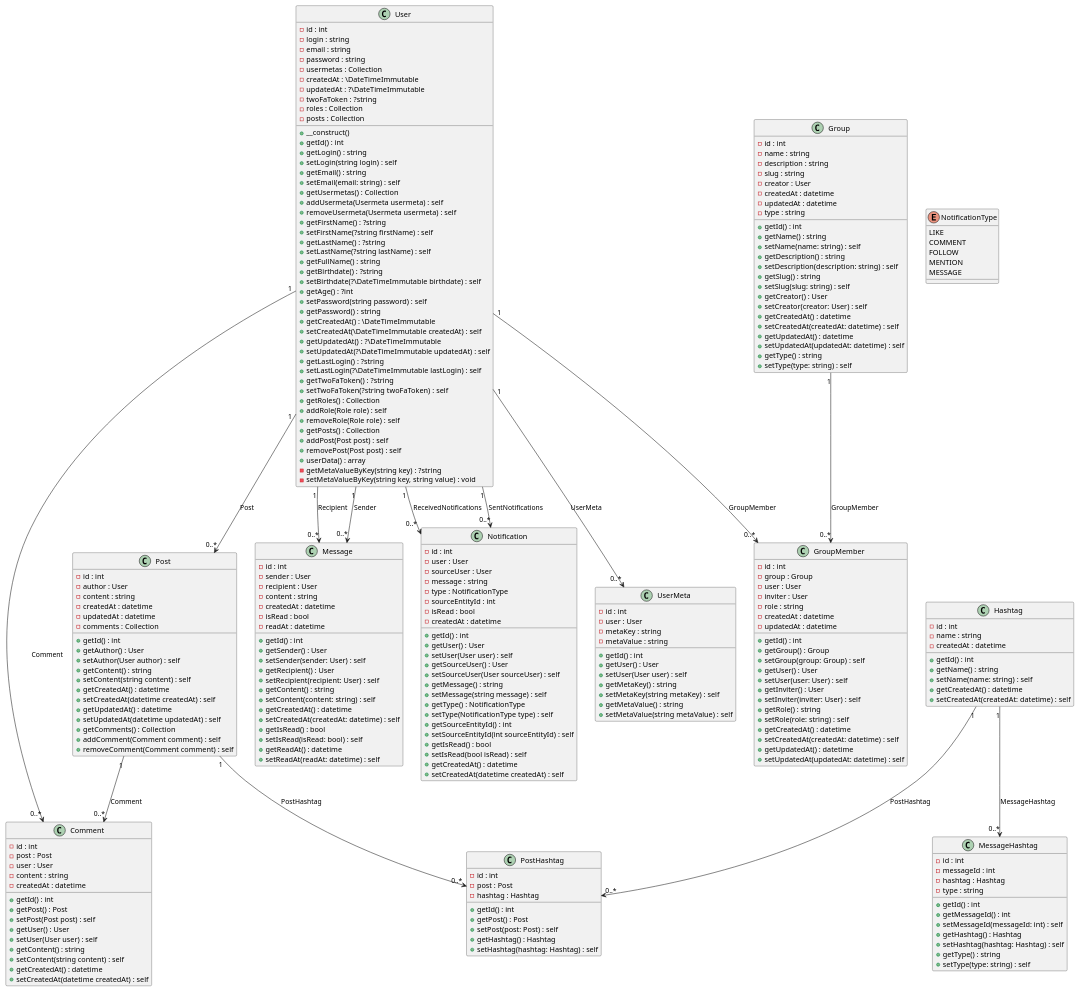
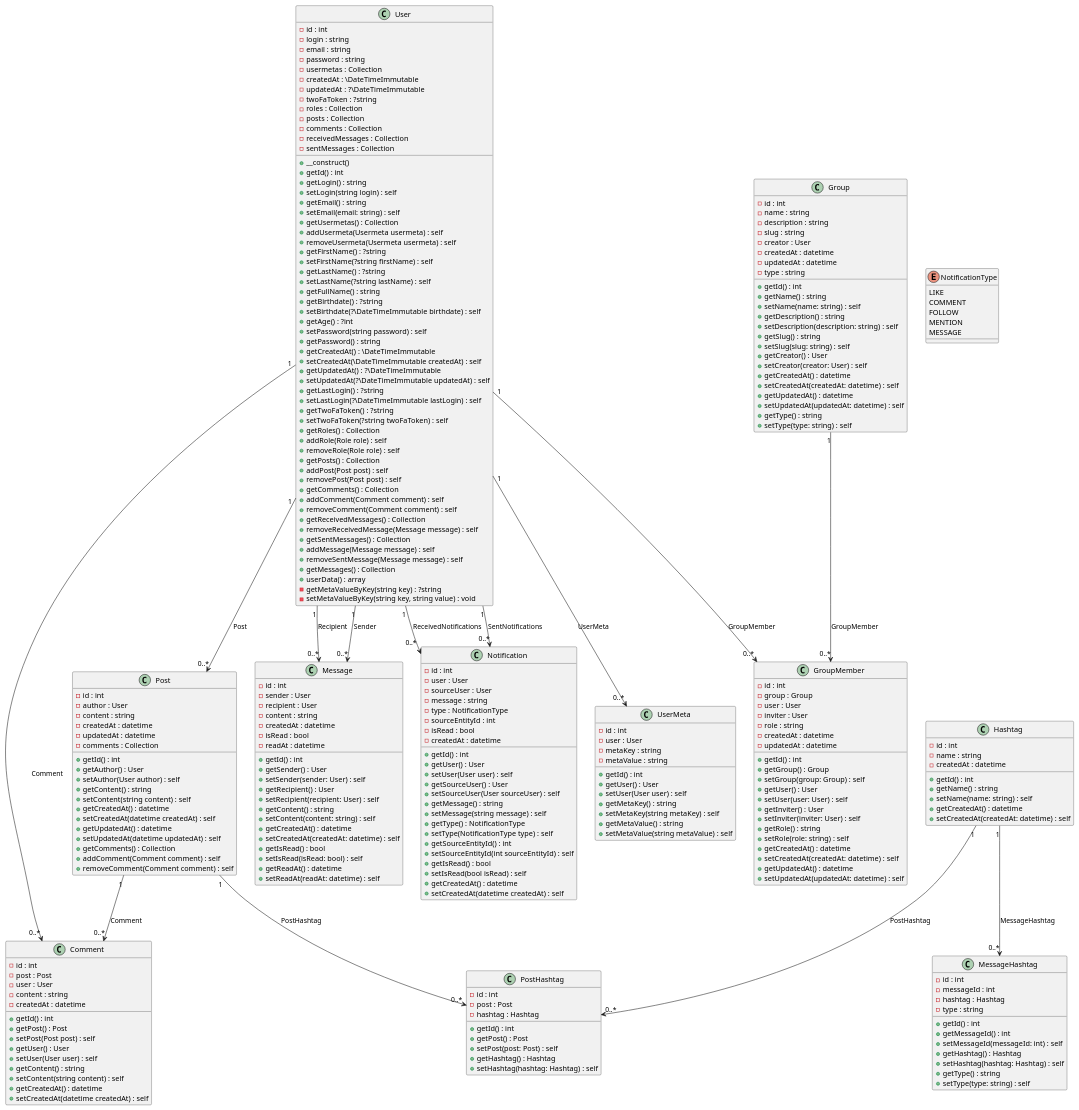
The diagram in dev/uml/app.puml (mzeahmed/coelacantheapi), drawn with PlantUML before and after one commit. The commit also changed 3 other files, not shown here.

```diff
--- a/dev/uml/app.puml
+++ b/dev/uml/app.puml
@@ -11,6 +11,9 @@
     - twoFaToken : ?string
     - roles : Collection
     - posts : Collection
+    - comments : Collection
+    - receivedMessages : Collection
+    - sentMessages : Collection
 
     + __construct()
     + getId() : int
@@ -45,6 +48,15 @@
     + getPosts() : Collection
     + addPost(Post post) : self
     + removePost(Post post) : self
+    + getComments() : Collection
+    + addComment(Comment comment) : self
+    + removeComment(Comment comment) : self
+    + getReceivedMessages() : Collection
+    + removeReceivedMessage(Message message) : self
+    + getSentMessages() : Collection
+    + addMessage(Message message) : self
+    + removeSentMessage(Message message) : self
+    + getMessages() : Collection
     + userData() : array
     - getMetaValueByKey(string key) : ?string
     - setMetaValueByKey(string key, string value) : void
```
